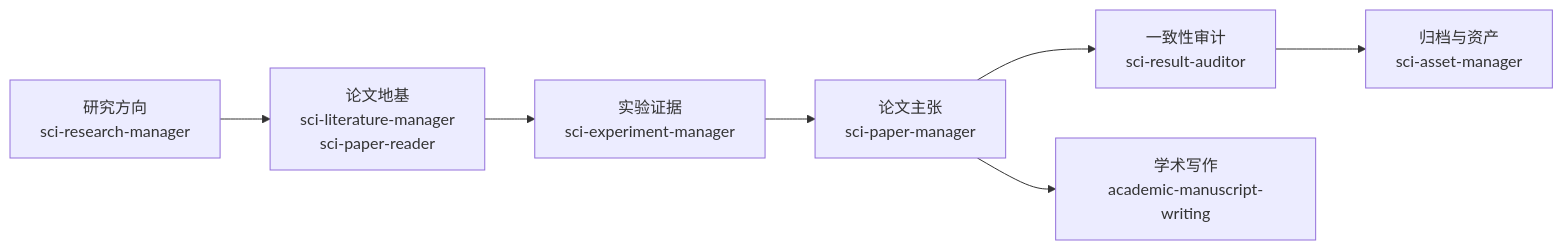
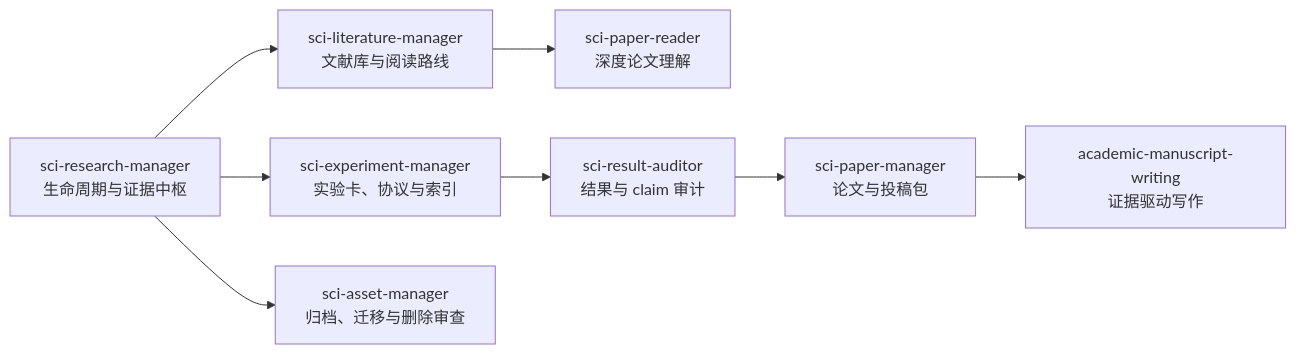
The diagram in README.md (godzhiwzz-create/sci-research-codex-skills), drawn with Mermaid before and after one commit. The commit also changed other lines of this file and 46 other files, not shown here.

Commit message:
Unify SCI research lifecycle and add full validation

````diff
--- a/README.md
+++ b/README.md
@@ -19,9 +28,10 @@
 ```mermaid
 flowchart LR
-  A["研究方向<br/>sci-research-manager"] --> B["论文地基<br/>sci-literature-manager<br/>sci-paper-reader"]
-  B --> C["实验证据<br/>sci-experiment-manager"]
-  C --> D["论文主张<br/>sci-paper-manager"]
-  D --> E["一致性审计<br/>sci-result-auditor"]
-  E --> F["归档与资产<br/>sci-asset-manager"]
-  D --> G["学术写作<br/>academic-manuscript-writing"]
+  A["sci-research-manager<br/>生命周期与证据中枢"] --> B["sci-literature-manager<br/>文献库与阅读路线"]
+  B --> C["sci-paper-reader<br/>深度论文理解"]
+  A --> D["sci-experiment-manager<br/>实验卡、协议与索引"]
+  D --> E["sci-result-auditor<br/>结果与 claim 审计"]
+  E --> F["sci-paper-manager<br/>论文与投稿包"]
+  F --> G["academic-manuscript-writing<br/>证据驱动写作"]
+  A --> H["sci-asset-manager<br/>归档、迁移与删除审查"]
 ```
````
